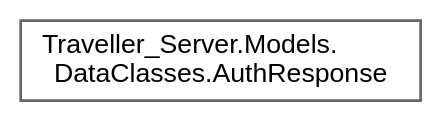
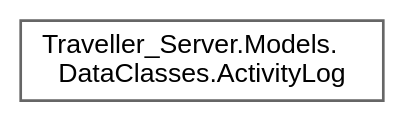
Before and after one commit to VenelinArgirov/manual-tecnico.github.io: the diagram in Servidor/inherit_graph_28.dot, drawn with Graphviz. The commit also changed 539 other files, not shown here.

```diff
--- a/Servidor/inherit_graph_28.dot
+++ b/Servidor/inherit_graph_28.dot
@@ -1,9 +1,9 @@
 digraph "Graphical Class Hierarchy"
 {
  // LATEX_PDF_SIZE
   bgcolor="transparent";
   edge [fontname=Helvetica,fontsize=10,labelfontname=Helvetica,labelfontsize=10];
   node [fontname=Helvetica,fontsize=10,shape=box,height=0.2,width=0.4];
   rankdir="LR";
-  Node0 [label="Traveller_Server.Models.\lDataClasses.AuthResponse",height=0.2,width=0.4,color="grey40", fillcolor="white", style="filled",URL="$class_traveller___server_1_1_models_1_1_data_classes_1_1_auth_response.html",tooltip="AuthResponse data class. Represents a response from the login if the user logged in with success."];
+  Node0 [label="Traveller_Server.Models.\lDataClasses.ActivityLog",height=0.2,width=0.4,color="grey40", fillcolor="white", style="filled",URL="$class_traveller___server_1_1_models_1_1_data_classes_1_1_activity_log.html",tooltip="ActivityLog data class. Represents an activity log."];
 }
```
